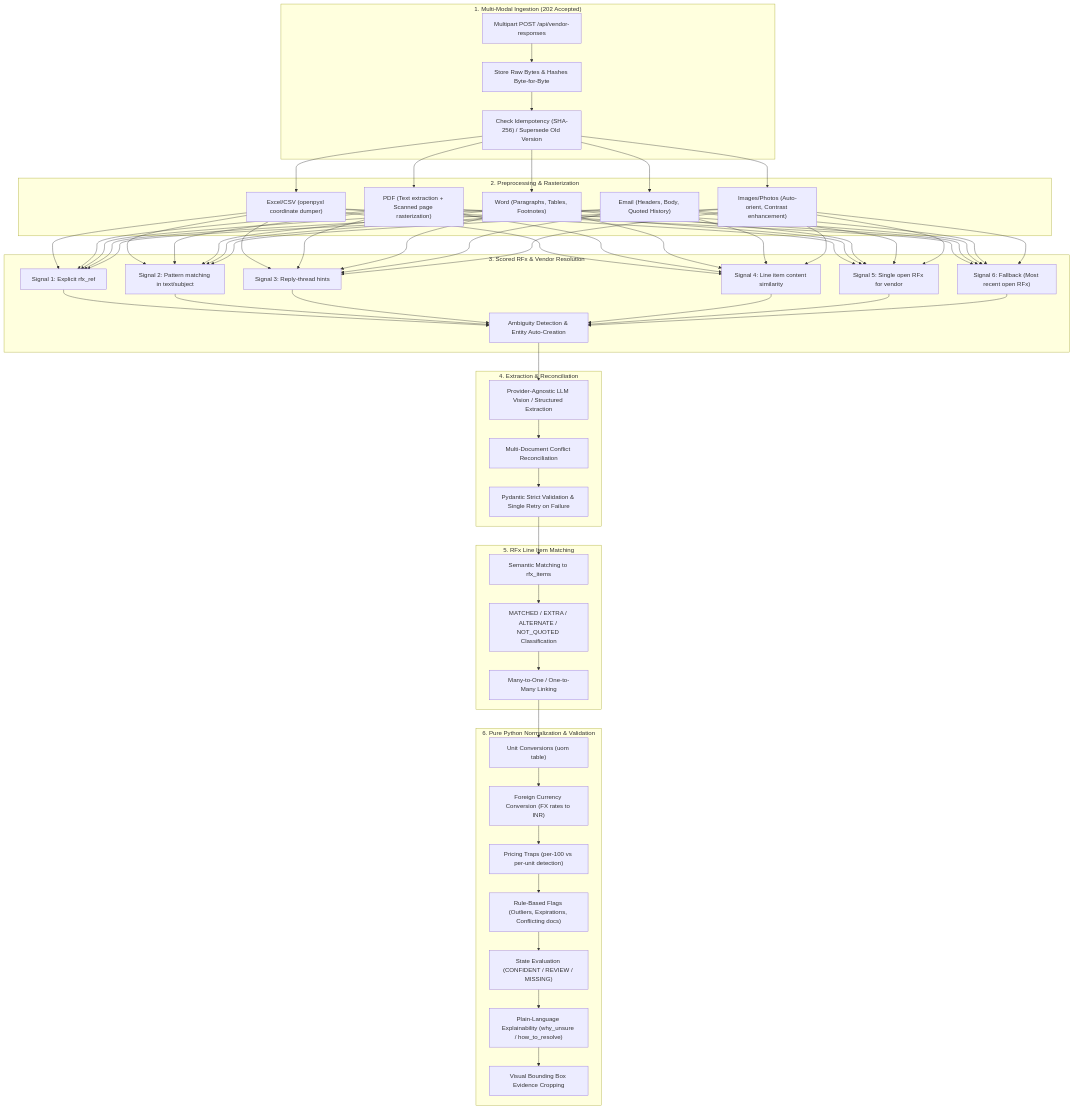
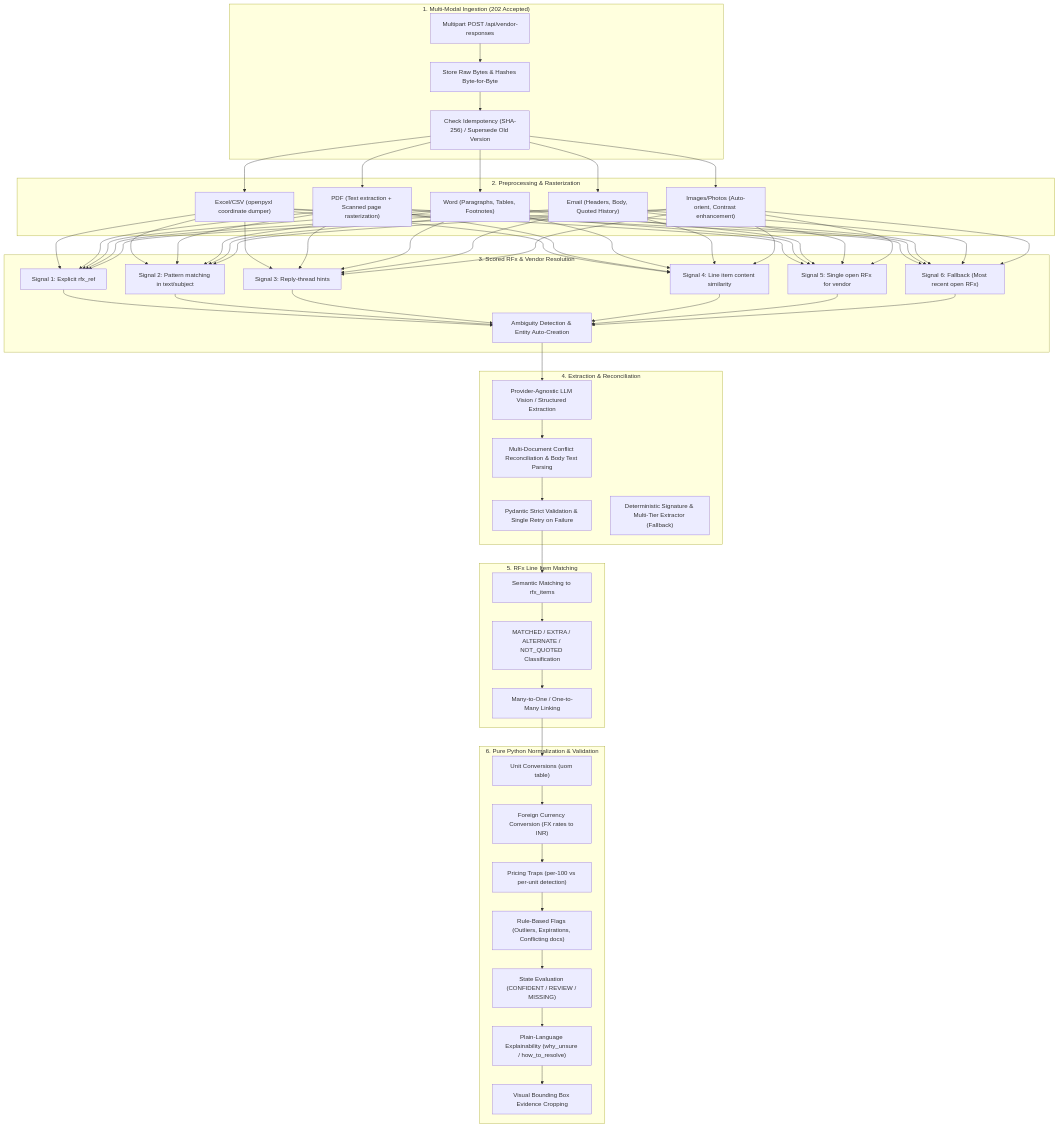
The second of 2 diagrams in architecture.md (akshaykumarar/ktq2), drawn with Mermaid before and after one commit. The commit also changed 10 other files, not shown here.

Commit message:
add email body text extraction and enhance deterministic fallback parser

````diff
--- a/architecture.md
+++ b/architecture.md
@@ -131,53 +131,54 @@
 ```mermaid
 flowchart TD
     subgraph Ingestion["1. Multi-Modal Ingestion (202 Accepted)"]
         V1["Multipart POST /api/vendor-responses"]
         V2["Store Raw Bytes & Hashes Byte-for-Byte"]
         V3["Check Idempotency (SHA-256) / Supersede Old Version"]
     end
 
     subgraph Preprocessing["2. Preprocessing & Rasterization"]
         P1["Excel/CSV (openpyxl coordinate dumper)"]
         P2["PDF (Text extraction + Scanned page rasterization)"]
         P3["Word (Paragraphs, Tables, Footnotes)"]
         P4["Email (Headers, Body, Quoted History)"]
         P5["Images/Photos (Auto-orient, Contrast enhancement)"]
     end
 
     subgraph Resolution["3. Scored RFx & Vendor Resolution"]
         R1["Signal 1: Explicit rfx_ref"]
         R2["Signal 2: Pattern matching in text/subject"]
         R3["Signal 3: Reply-thread hints"]
         R4["Signal 4: Line item content similarity"]
         R5["Signal 5: Single open RFx for vendor"]
         R6["Signal 6: Fallback (Most recent open RFx)"]
         R7["Ambiguity Detection & Entity Auto-Creation"]
     end
 
     subgraph ExtractionReconciliation["4. Extraction & Reconciliation"]
         E1["Provider-Agnostic LLM Vision / Structured Extraction"]
-        E2["Multi-Document Conflict Reconciliation"]
+        E2["Multi-Document Conflict Reconciliation & Body Text Parsing"]
         E3["Pydantic Strict Validation & Single Retry on Failure"]
+        E4["Deterministic Signature & Multi-Tier Extractor (Fallback)"]
     end
 
     subgraph Matching["5. RFx Line Item Matching"]
         M1["Semantic Matching to rfx_items"]
         M2["MATCHED / EXTRA / ALTERNATE / NOT_QUOTED Classification"]
         M3["Many-to-One / One-to-Many Linking"]
     end
 
     subgraph NormalizationValidation["6. Pure Python Normalization & Validation"]
         N1["Unit Conversions (uom table)"]
         N2["Foreign Currency Conversion (FX rates to INR)"]
         N3["Pricing Traps (per-100 vs per-unit detection)"]
         N4["Rule-Based Flags (Outliers, Expirations, Conflicting docs)"]
         N5["State Evaluation (CONFIDENT / REVIEW / MISSING)"]
         N6["Plain-Language Explainability (why_unsure / how_to_resolve)"]
         N7["Visual Bounding Box Evidence Cropping"]
     end
 
     V1 --> V2 --> V3 --> P1 & P2 & P3 & P4 & P5
     P1 & P2 & P3 & P4 & P5 --> R1 & R2 & R3 & R4 & R5 & R6 --> R7
     R7 --> E1 --> E2 --> E3 --> M1 --> M2 --> M3
     M3 --> N1 --> N2 --> N3 --> N4 --> N5 --> N6 --> N7
 ```
````
